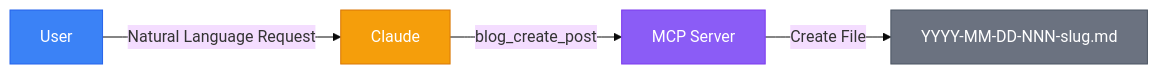
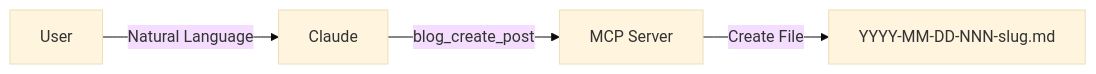
The third of 4 diagrams in content/en/post/2026-02-21-004-mcp-blog-automation.md (yarang/blogs), drawn with Mermaid (base theme) before and after one commit. The commit also changed other lines of this file and 3 other files, not shown here.

First line of the commit message:
Simplify Mermaid diagrams for web compatibility

````diff
--- a/content/en/post/2026-02-21-004-mcp-blog-automation.md
+++ b/content/en/post/2026-02-21-004-mcp-blog-automation.md
@@ -178,11 +168,6 @@
 ```mermaid
 flowchart LR
-    classDef user fill:#3B82F6,stroke:#2563EB,color:#fff
-    classDef claude fill:#F59E0B,stroke:#D97706,color:#fff
-    classDef mcp fill:#8B5CF6,stroke:#7C3AED,color:#fff
-    classDef file fill:#6B7280,stroke:#4B5563,color:#fff
-
-    User["User"]:::user -->|"Natural Language Request"| Claude["Claude"]:::claude
-    Claude -->|"blog_create_post"| MCP["MCP Server"]:::mcp
-    MCP -->|"Create File"| Blog["YYYY-MM-DD-NNN-slug.md"]:::file
+    User -->|Natural Language| Claude
+    Claude -->|blog_create_post| MCP[MCP Server]
+    MCP -->|Create File| Blog[YYYY-MM-DD-NNN-slug.md]
 ```
````
